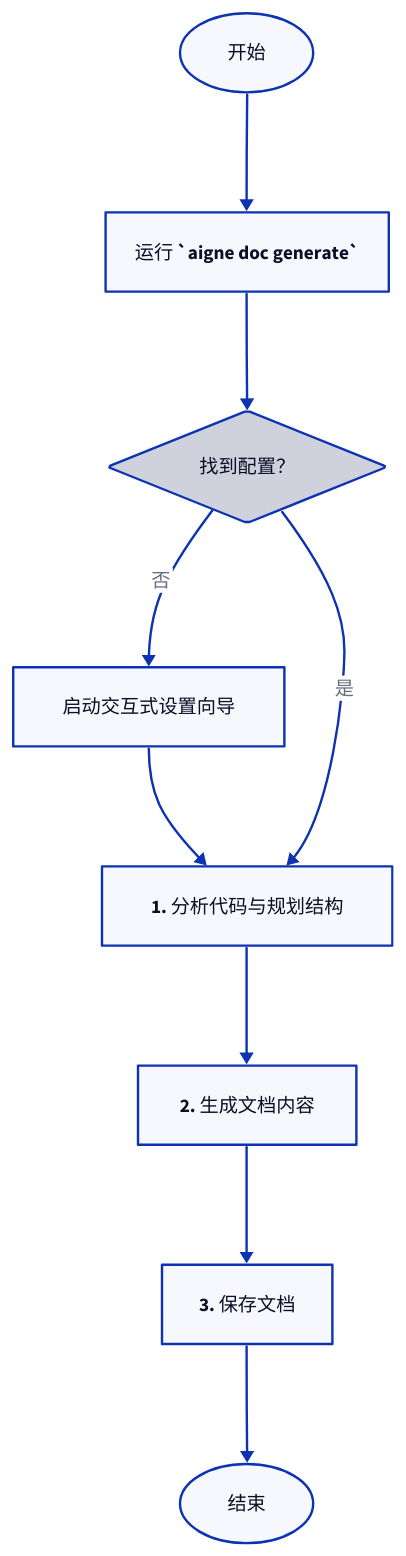
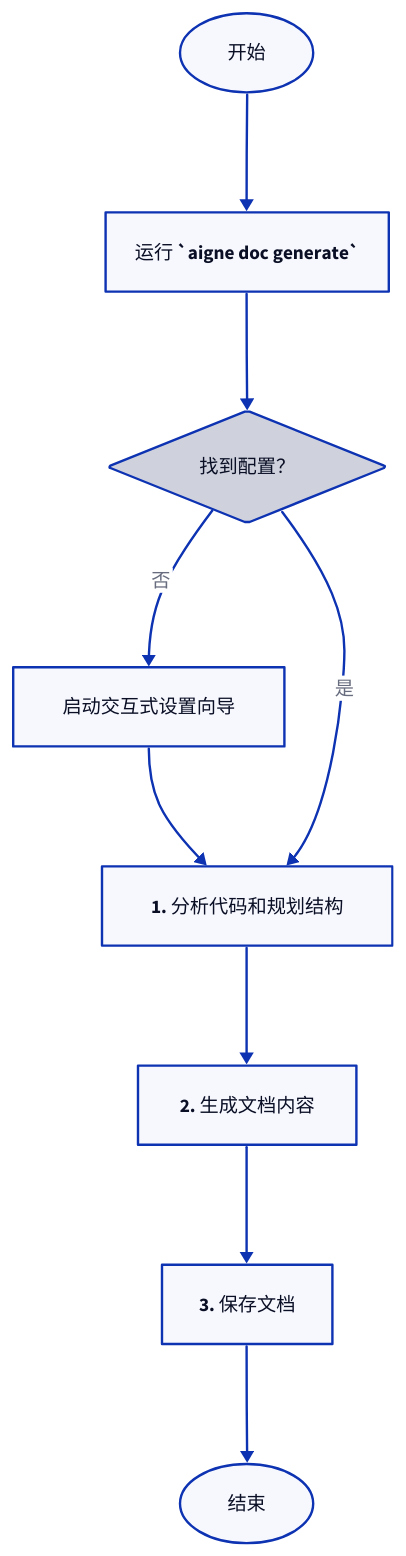
The diagram in docs/features-generate-documentation.zh.md (AIGNE-io/aigne-doc-smith), drawn with D2 before and after one commit. The commit also changed other lines of this file and 35 other files, not shown here.

````diff
--- a/docs/features-generate-documentation.zh.md
+++ b/docs/features-generate-documentation.zh.md
@@ -45,44 +41,44 @@
 ```d2
 direction: down
 
 start: "开始" {
   shape: oval
 }
 
 run_cmd: "运行 `aigne doc generate`" {
   shape: rectangle
 }
 
 check_config: "找到配置？" {
   shape: diamond
 }
 
 interactive_setup: "启动交互式设置向导" {
   shape: rectangle
 }
 
-plan_structure: "1. 分析代码与规划结构" {
+plan_structure: "1. 分析代码和规划结构" {
   shape: rectangle
 }
 
 gen_content: "2. 生成文档内容" {
   shape: rectangle
 }
 
 save_docs: "3. 保存文档" {
   shape: rectangle
 }
 
 end: "结束" {
   shape: oval
 }
 
 start -> run_cmd
 run_cmd -> check_config
 check_config -> interactive_setup: "否"
 interactive_setup -> plan_structure
 check_config -> plan_structure: "是"
 plan_structure -> gen_content
 gen_content -> save_docs
 save_docs -> end
 ```
````
